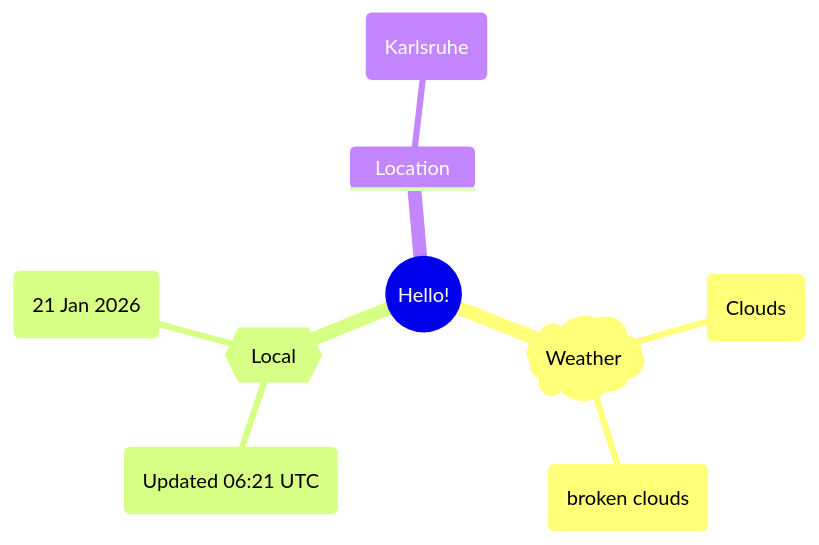
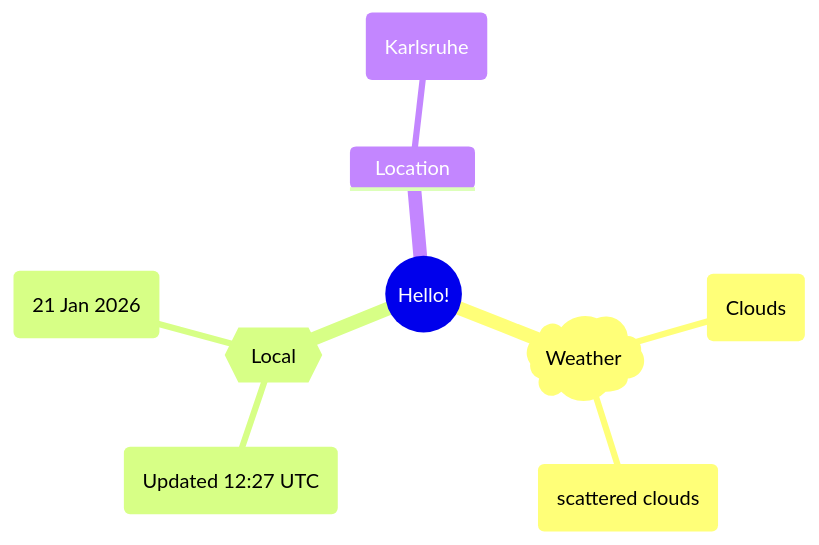
Before and after one commit to Xosrov/Xosrov: the first of 2 diagrams in README.md, drawn with Mermaid.

Commit message:
[bot] updated images

````diff
--- a/README.md
+++ b/README.md
@@ -3,12 +3,12 @@
 ```mermaid
 mindmap
   root((Hello!))
     )Weather(
         (Clouds)
-        (broken clouds)
+        (scattered clouds)
     {{Local}}
-        (Updated 06:21 UTC)
+        (Updated 12:27 UTC)
         (21 Jan 2026)
     Location
         (Karlsruhe)
 ```
````
